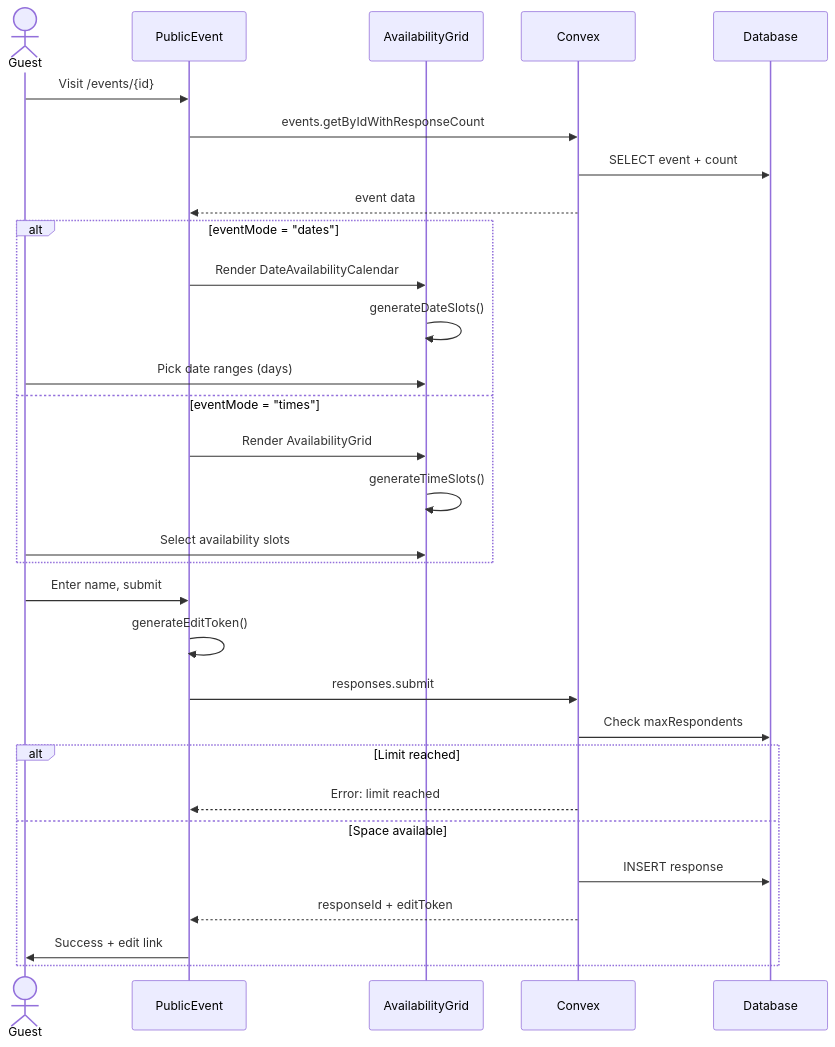
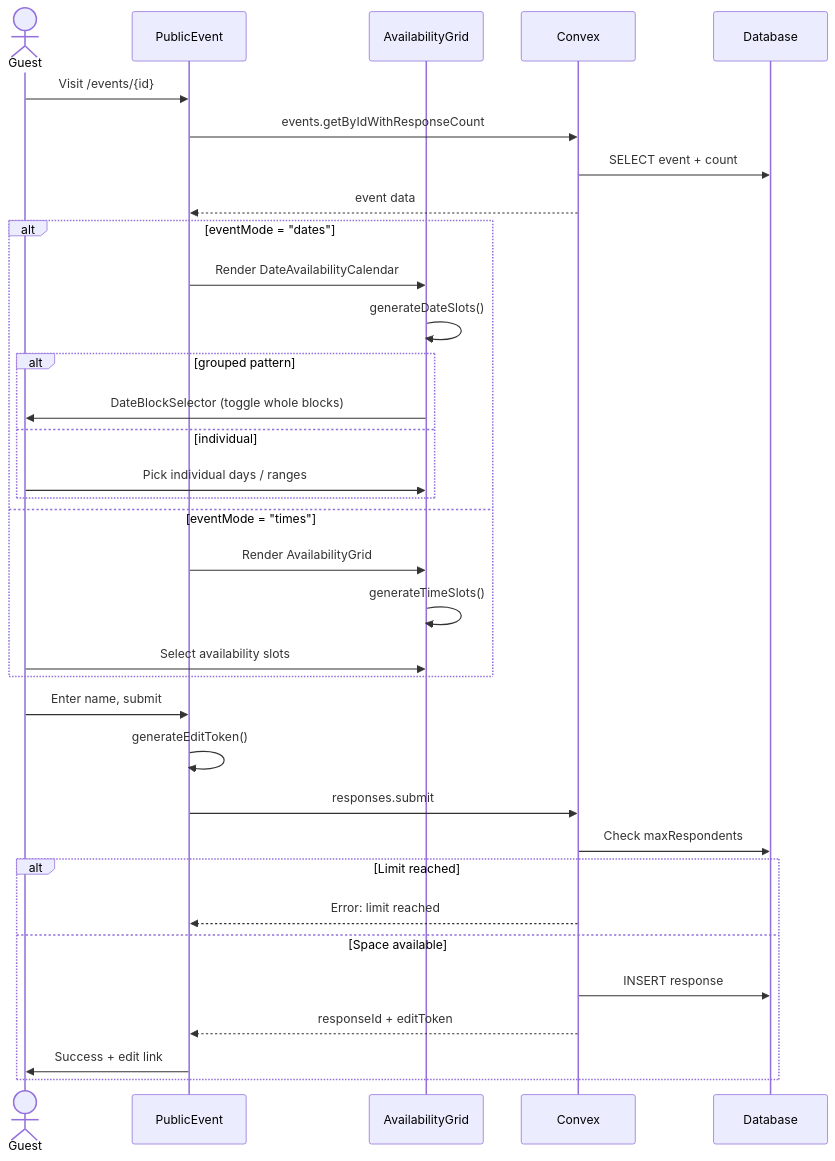
One commit to jdlam/timesync changed the diagram in .ai/diagrams/response-submission.mmd. Above: the diagram before and after it, drawn with Mermaid. The commit also changed 23 other files, not shown here.

```diff
--- a/.ai/diagrams/response-submission.mmd
+++ b/.ai/diagrams/response-submission.mmd
@@ -1,31 +1,35 @@
 sequenceDiagram
     actor Guest
     participant Page as PublicEvent
     participant Grid as AvailabilityGrid
     participant Convex
     participant DB as Database
 
     Guest->>Page: Visit /events/{id}
     Page->>Convex: events.getByIdWithResponseCount
     Convex->>DB: SELECT event + count
     Convex-->>Page: event data
     alt eventMode = "dates"
         Page->>Grid: Render DateAvailabilityCalendar
         Grid->>Grid: generateDateSlots()
-        Guest->>Grid: Pick date ranges (days)
+        alt grouped pattern
+            Grid->>Guest: DateBlockSelector (toggle whole blocks)
+        else individual
+            Guest->>Grid: Pick individual days / ranges
+        end
     else eventMode = "times"
         Page->>Grid: Render AvailabilityGrid
         Grid->>Grid: generateTimeSlots()
         Guest->>Grid: Select availability slots
     end
     Guest->>Page: Enter name, submit
     Page->>Page: generateEditToken()
     Page->>Convex: responses.submit
     Convex->>DB: Check maxRespondents
     alt Limit reached
         Convex-->>Page: Error: limit reached
     else Space available
         Convex->>DB: INSERT response
         Convex-->>Page: responseId + editToken
         Page->>Guest: Success + edit link
     end
```
